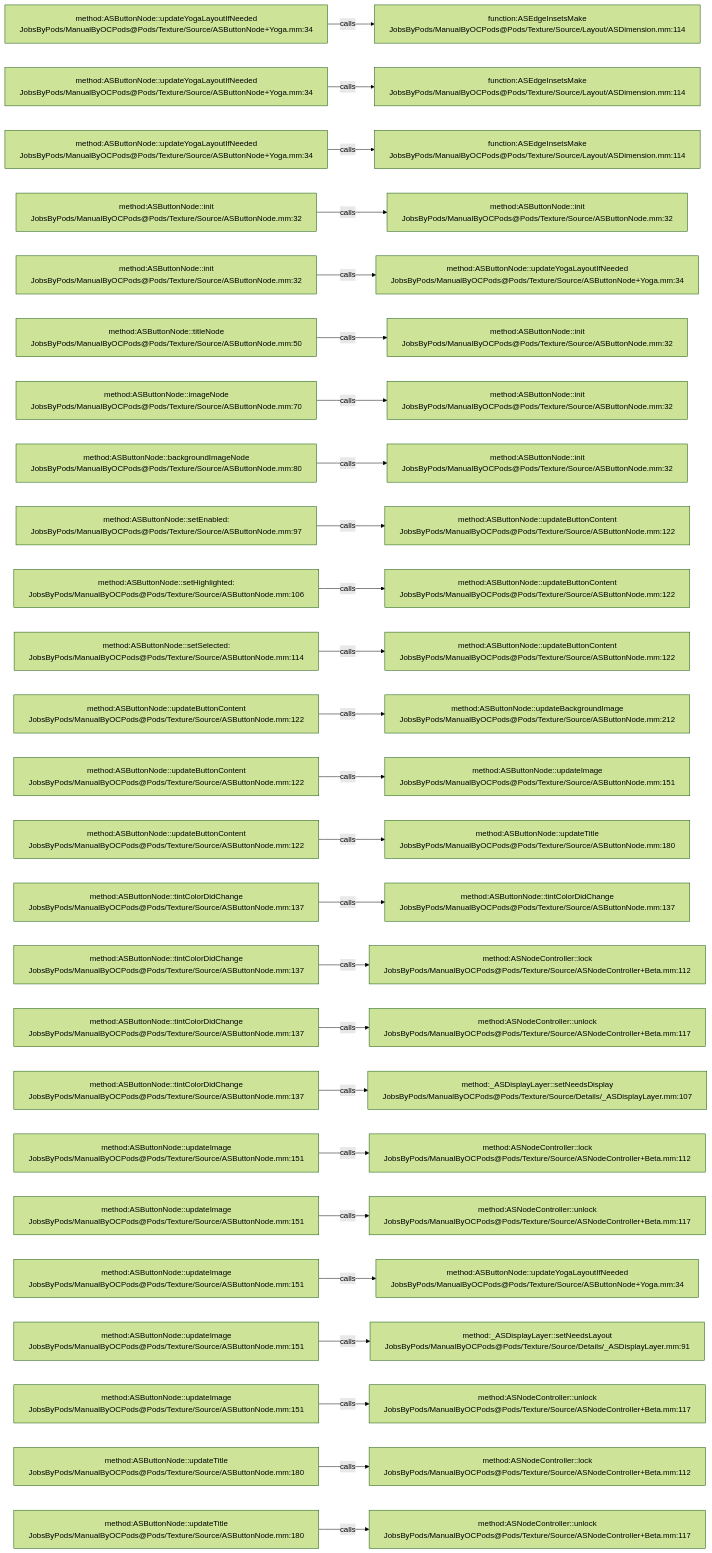
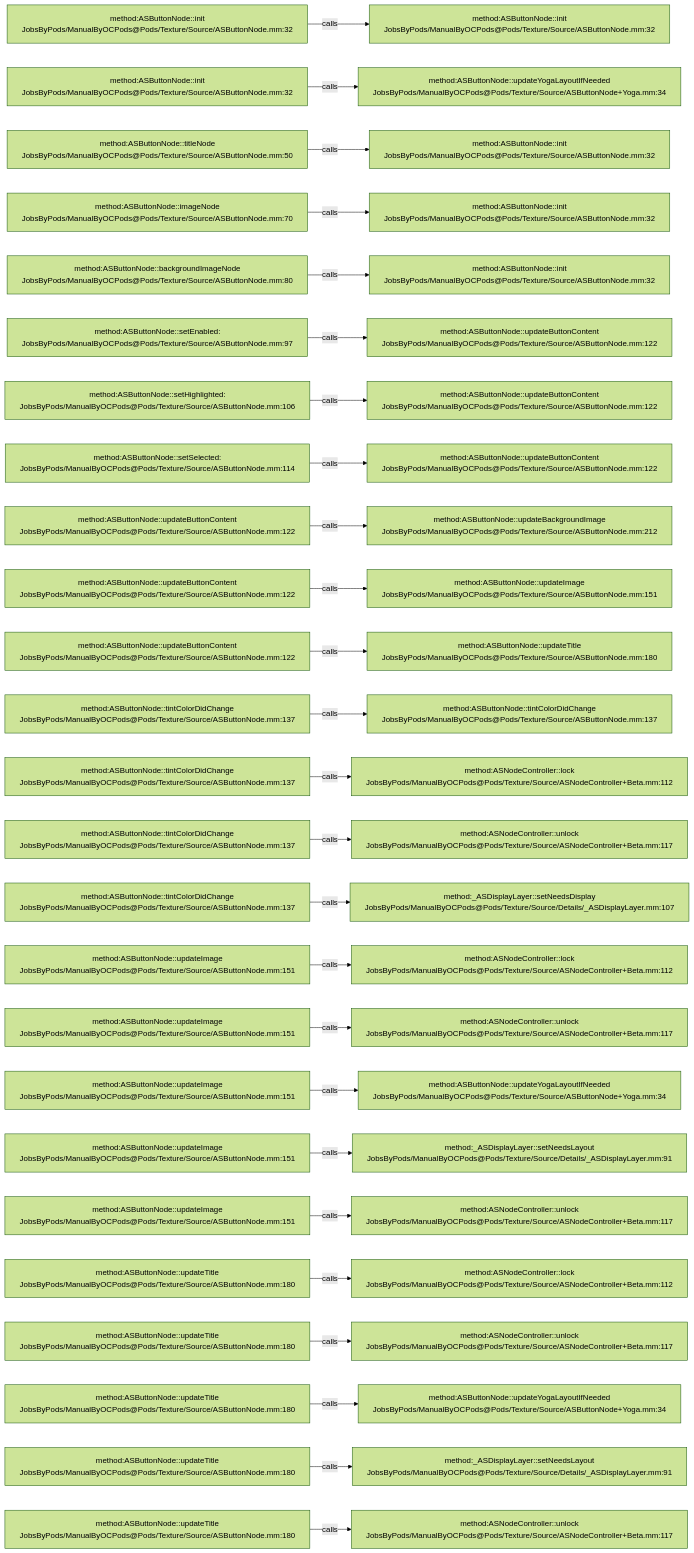
The diagram in .codegraph/codegraph.md/graphs/calls-073.md (JobsKits/JobsOCBaseConfigDemo), drawn with Mermaid (forest theme) before and after one commit. The commit also changed 342 other files, not shown here.

````diff
--- a/.codegraph/codegraph.md/graphs/calls-073.md
+++ b/.codegraph/codegraph.md/graphs/calls-073.md
@@ -13,78 +13,78 @@
 ```mermaid
 flowchart LR
-  S1["method:ASButtonNode::updateYogaLayoutIfNeeded<br/>JobsByPods/ManualByOCPods@Pods/Texture/Source/ASButtonNode+Yoga.mm:34"]
-  T1["function:ASEdgeInsetsMake<br/>JobsByPods/ManualByOCPods@Pods/Texture/Source/Layout/ASDimension.mm:114"]
+  S1["method:ASButtonNode::init<br/>JobsByPods/ManualByOCPods@Pods/Texture/Source/ASButtonNode.mm:32"]
+  T1["method:ASButtonNode::init<br/>JobsByPods/ManualByOCPods@Pods/Texture/Source/ASButtonNode.mm:32"]
   S1 -->|calls| T1
-  S2["method:ASButtonNode::updateYogaLayoutIfNeeded<br/>JobsByPods/ManualByOCPods@Pods/Texture/Source/ASButtonNode+Yoga.mm:34"]
-  T2["function:ASEdgeInsetsMake<br/>JobsByPods/ManualByOCPods@Pods/Texture/Source/Layout/ASDimension.mm:114"]
+  S2["method:ASButtonNode::init<br/>JobsByPods/ManualByOCPods@Pods/Texture/Source/ASButtonNode.mm:32"]
+  T2["method:ASButtonNode::updateYogaLayoutIfNeeded<br/>JobsByPods/ManualByOCPods@Pods/Texture/Source/ASButtonNode+Yoga.mm:34"]
   S2 -->|calls| T2
-  S3["method:ASButtonNode::updateYogaLayoutIfNeeded<br/>JobsByPods/ManualByOCPods@Pods/Texture/Source/ASButtonNode+Yoga.mm:34"]
-  T3["function:ASEdgeInsetsMake<br/>JobsByPods/ManualByOCPods@Pods/Texture/Source/Layout/ASDimension.mm:114"]
+  S3["method:ASButtonNode::titleNode<br/>JobsByPods/ManualByOCPods@Pods/Texture/Source/ASButtonNode.mm:50"]
+  T3["method:ASButtonNode::init<br/>JobsByPods/ManualByOCPods@Pods/Texture/Source/ASButtonNode.mm:32"]
   S3 -->|calls| T3
-  S4["method:ASButtonNode::init<br/>JobsByPods/ManualByOCPods@Pods/Texture/Source/ASButtonNode.mm:32"]
+  S4["method:ASButtonNode::imageNode<br/>JobsByPods/ManualByOCPods@Pods/Texture/Source/ASButtonNode.mm:70"]
   T4["method:ASButtonNode::init<br/>JobsByPods/ManualByOCPods@Pods/Texture/Source/ASButtonNode.mm:32"]
   S4 -->|calls| T4
-  S5["method:ASButtonNode::init<br/>JobsByPods/ManualByOCPods@Pods/Texture/Source/ASButtonNode.mm:32"]
-  T5["method:ASButtonNode::updateYogaLayoutIfNeeded<br/>JobsByPods/ManualByOCPods@Pods/Texture/Source/ASButtonNode+Yoga.mm:34"]
+  S5["method:ASButtonNode::backgroundImageNode<br/>JobsByPods/ManualByOCPods@Pods/Texture/Source/ASButtonNode.mm:80"]
+  T5["method:ASButtonNode::init<br/>JobsByPods/ManualByOCPods@Pods/Texture/Source/ASButtonNode.mm:32"]
   S5 -->|calls| T5
-  S6["method:ASButtonNode::titleNode<br/>JobsByPods/ManualByOCPods@Pods/Texture/Source/ASButtonNode.mm:50"]
-  T6["method:ASButtonNode::init<br/>JobsByPods/ManualByOCPods@Pods/Texture/Source/ASButtonNode.mm:32"]
+  S6["method:ASButtonNode::setEnabled:<br/>JobsByPods/ManualByOCPods@Pods/Texture/Source/ASButtonNode.mm:97"]
+  T6["method:ASButtonNode::updateButtonContent<br/>JobsByPods/ManualByOCPods@Pods/Texture/Source/ASButtonNode.mm:122"]
   S6 -->|calls| T6
-  S7["method:ASButtonNode::imageNode<br/>JobsByPods/ManualByOCPods@Pods/Texture/Source/ASButtonNode.mm:70"]
-  T7["method:ASButtonNode::init<br/>JobsByPods/ManualByOCPods@Pods/Texture/Source/ASButtonNode.mm:32"]
+  S7["method:ASButtonNode::setHighlighted:<br/>JobsByPods/ManualByOCPods@Pods/Texture/Source/ASButtonNode.mm:106"]
+  T7["method:ASButtonNode::updateButtonContent<br/>JobsByPods/ManualByOCPods@Pods/Texture/Source/ASButtonNode.mm:122"]
   S7 -->|calls| T7
-  S8["method:ASButtonNode::backgroundImageNode<br/>JobsByPods/ManualByOCPods@Pods/Texture/Source/ASButtonNode.mm:80"]
-  T8["method:ASButtonNode::init<br/>JobsByPods/ManualByOCPods@Pods/Texture/Source/ASButtonNode.mm:32"]
+  S8["method:ASButtonNode::setSelected:<br/>JobsByPods/ManualByOCPods@Pods/Texture/Source/ASButtonNode.mm:114"]
+  T8["method:ASButtonNode::updateButtonContent<br/>JobsByPods/ManualByOCPods@Pods/Texture/Source/ASButtonNode.mm:122"]
   S8 -->|calls| T8
-  S9["method:ASButtonNode::setEnabled:<br/>JobsByPods/ManualByOCPods@Pods/Texture/Source/ASButtonNode.mm:97"]
-  T9["method:ASButtonNode::updateButtonContent<br/>JobsByPods/ManualByOCPods@Pods/Texture/Source/ASButtonNode.mm:122"]
+  S9["method:ASButtonNode::updateButtonContent<br/>JobsByPods/ManualByOCPods@Pods/Texture/Source/ASButtonNode.mm:122"]
+  T9["method:ASButtonNode::updateBackgroundImage<br/>JobsByPods/ManualByOCPods@Pods/Texture/Source/ASButtonNode.mm:212"]
   S9 -->|calls| T9
-  S10["method:ASButtonNode::setHighlighted:<br/>JobsByPods/ManualByOCPods@Pods/Texture/Source/ASButtonNode.mm:106"]
-  T10["method:ASButtonNode::updateButtonContent<br/>JobsByPods/ManualByOCPods@Pods/Texture/Source/ASButtonNode.mm:122"]
+  S10["method:ASButtonNode::updateButtonContent<br/>JobsByPods/ManualByOCPods@Pods/Texture/Source/ASButtonNode.mm:122"]
+  T10["method:ASButtonNode::updateImage<br/>JobsByPods/ManualByOCPods@Pods/Texture/Source/ASButtonNode.mm:151"]
   S10 -->|calls| T10
-  S11["method:ASButtonNode::setSelected:<br/>JobsByPods/ManualByOCPods@Pods/Texture/Source/ASButtonNode.mm:114"]
-  T11["method:ASButtonNode::updateButtonContent<br/>JobsByPods/ManualByOCPods@Pods/Texture/Source/ASButtonNode.mm:122"]
+  S11["method:ASButtonNode::updateButtonContent<br/>JobsByPods/ManualByOCPods@Pods/Texture/Source/ASButtonNode.mm:122"]
+  T11["method:ASButtonNode::updateTitle<br/>JobsByPods/ManualByOCPods@Pods/Texture/Source/ASButtonNode.mm:180"]
   S11 -->|calls| T11
-  S12["method:ASButtonNode::updateButtonContent<br/>JobsByPods/ManualByOCPods@Pods/Texture/Source/ASButtonNode.mm:122"]
-  T12["method:ASButtonNode::updateBackgroundImage<br/>JobsByPods/ManualByOCPods@Pods/Texture/Source/ASButtonNode.mm:212"]
+  S12["method:ASButtonNode::tintColorDidChange<br/>JobsByPods/ManualByOCPods@Pods/Texture/Source/ASButtonNode.mm:137"]
+  T12["method:ASButtonNode::tintColorDidChange<br/>JobsByPods/ManualByOCPods@Pods/Texture/Source/ASButtonNode.mm:137"]
   S12 -->|calls| T12
-  S13["method:ASButtonNode::updateButtonContent<br/>JobsByPods/ManualByOCPods@Pods/Texture/Source/ASButtonNode.mm:122"]
-  T13["method:ASButtonNode::updateImage<br/>JobsByPods/ManualByOCPods@Pods/Texture/Source/ASButtonNode.mm:151"]
+  S13["method:ASButtonNode::tintColorDidChange<br/>JobsByPods/ManualByOCPods@Pods/Texture/Source/ASButtonNode.mm:137"]
+  T13["method:ASNodeController::lock<br/>JobsByPods/ManualByOCPods@Pods/Texture/Source/ASNodeController+Beta.mm:112"]
   S13 -->|calls| T13
-  S14["method:ASButtonNode::updateButtonContent<br/>JobsByPods/ManualByOCPods@Pods/Texture/Source/ASButtonNode.mm:122"]
-  T14["method:ASButtonNode::updateTitle<br/>JobsByPods/ManualByOCPods@Pods/Texture/Source/ASButtonNode.mm:180"]
+  S14["method:ASButtonNode::tintColorDidChange<br/>JobsByPods/ManualByOCPods@Pods/Texture/Source/ASButtonNode.mm:137"]
+  T14["method:ASNodeController::unlock<br/>JobsByPods/ManualByOCPods@Pods/Texture/Source/ASNodeController+Beta.mm:117"]
   S14 -->|calls| T14
   S15["method:ASButtonNode::tintColorDidChange<br/>JobsByPods/ManualByOCPods@Pods/Texture/Source/ASButtonNode.mm:137"]
-  T15["method:ASButtonNode::tintColorDidChange<br/>JobsByPods/ManualByOCPods@Pods/Texture/Source/ASButtonNode.mm:137"]
+  T15["method:_ASDisplayLayer::setNeedsDisplay<br/>JobsByPods/ManualByOCPods@Pods/Texture/Source/Details/_ASDisplayLayer.mm:107"]
   S15 -->|calls| T15
-  S16["method:ASButtonNode::tintColorDidChange<br/>JobsByPods/ManualByOCPods@Pods/Texture/Source/ASButtonNode.mm:137"]
+  S16["method:ASButtonNode::updateImage<br/>JobsByPods/ManualByOCPods@Pods/Texture/Source/ASButtonNode.mm:151"]
   T16["method:ASNodeController::lock<br/>JobsByPods/ManualByOCPods@Pods/Texture/Source/ASNodeController+Beta.mm:112"]
   S16 -->|calls| T16
-  S17["method:ASButtonNode::tintColorDidChange<br/>JobsByPods/ManualByOCPods@Pods/Texture/Source/ASButtonNode.mm:137"]
+  S17["method:ASButtonNode::updateImage<br/>JobsByPods/ManualByOCPods@Pods/Texture/Source/ASButtonNode.mm:151"]
   T17["method:ASNodeController::unlock<br/>JobsByPods/ManualByOCPods@Pods/Texture/Source/ASNodeController+Beta.mm:117"]
   S17 -->|calls| T17
-  S18["method:ASButtonNode::tintColorDidChange<br/>JobsByPods/ManualByOCPods@Pods/Texture/Source/ASButtonNode.mm:137"]
-  T18["method:_ASDisplayLayer::setNeedsDisplay<br/>JobsByPods/ManualByOCPods@Pods/Texture/Source/Details/_ASDisplayLayer.mm:107"]
+  S18["method:ASButtonNode::updateImage<br/>JobsByPods/ManualByOCPods@Pods/Texture/Source/ASButtonNode.mm:151"]
+  T18["method:ASButtonNode::updateYogaLayoutIfNeeded<br/>JobsByPods/ManualByOCPods@Pods/Texture/Source/ASButtonNode+Yoga.mm:34"]
   S18 -->|calls| T18
   S19["method:ASButtonNode::updateImage<br/>JobsByPods/ManualByOCPods@Pods/Texture/Source/ASButtonNode.mm:151"]
-  T19["method:ASNodeController::lock<br/>JobsByPods/ManualByOCPods@Pods/Texture/Source/ASNodeController+Beta.mm:112"]
+  T19["method:_ASDisplayLayer::setNeedsLayout<br/>JobsByPods/ManualByOCPods@Pods/Texture/Source/Details/_ASDisplayLayer.mm:91"]
   S19 -->|calls| T19
   S20["method:ASButtonNode::updateImage<br/>JobsByPods/ManualByOCPods@Pods/Texture/Source/ASButtonNode.mm:151"]
   T20["method:ASNodeController::unlock<br/>JobsByPods/ManualByOCPods@Pods/Texture/Source/ASNodeController+Beta.mm:117"]
   S20 -->|calls| T20
-  S21["method:ASButtonNode::updateImage<br/>JobsByPods/ManualByOCPods@Pods/Texture/Source/ASButtonNode.mm:151"]
-  T21["method:ASButtonNode::updateYogaLayoutIfNeeded<br/>JobsByPods/ManualByOCPods@Pods/Texture/Source/ASButtonNode+Yoga.mm:34"]
+  S21["method:ASButtonNode::updateTitle<br/>JobsByPods/ManualByOCPods@Pods/Texture/Source/ASButtonNode.mm:180"]
+  T21["method:ASNodeController::lock<br/>JobsByPods/ManualByOCPods@Pods/Texture/Source/ASNodeController+Beta.mm:112"]
   S21 -->|calls| T21
-  S22["method:ASButtonNode::updateImage<br/>JobsByPods/ManualByOCPods@Pods/Texture/Source/ASButtonNode.mm:151"]
-  T22["method:_ASDisplayLayer::setNeedsLayout<br/>JobsByPods/ManualByOCPods@Pods/Texture/Source/Details/_ASDisplayLayer.mm:91"]
+  S22["method:ASButtonNode::updateTitle<br/>JobsByPods/ManualByOCPods@Pods/Texture/Source/ASButtonNode.mm:180"]
+  T22["method:ASNodeController::unlock<br/>JobsByPods/ManualByOCPods@Pods/Texture/Source/ASNodeController+Beta.mm:117"]
   S22 -->|calls| T22
-  S23["method:ASButtonNode::updateImage<br/>JobsByPods/ManualByOCPods@Pods/Texture/Source/ASButtonNode.mm:151"]
-  T23["method:ASNodeController::unlock<br/>JobsByPods/ManualByOCPods@Pods/Texture/Source/ASNodeController+Beta.mm:117"]
+  S23["method:ASButtonNode::updateTitle<br/>JobsByPods/ManualByOCPods@Pods/Texture/Source/ASButtonNode.mm:180"]
+  T23["method:ASButtonNode::updateYogaLayoutIfNeeded<br/>JobsByPods/ManualByOCPods@Pods/Texture/Source/ASButtonNode+Yoga.mm:34"]
   S23 -->|calls| T23
   S24["method:ASButtonNode::updateTitle<br/>JobsByPods/ManualByOCPods@Pods/Texture/Source/ASButtonNode.mm:180"]
-  T24["method:ASNodeController::lock<br/>JobsByPods/ManualByOCPods@Pods/Texture/Source/ASNodeController+Beta.mm:112"]
+  T24["method:_ASDisplayLayer::setNeedsLayout<br/>JobsByPods/ManualByOCPods@Pods/Texture/Source/Details/_ASDisplayLayer.mm:91"]
   S24 -->|calls| T24
   S25["method:ASButtonNode::updateTitle<br/>JobsByPods/ManualByOCPods@Pods/Texture/Source/ASButtonNode.mm:180"]
   T25["method:ASNodeController::unlock<br/>JobsByPods/ManualByOCPods@Pods/Texture/Source/ASNodeController+Beta.mm:117"]
   S25 -->|calls| T25
 ```
````
